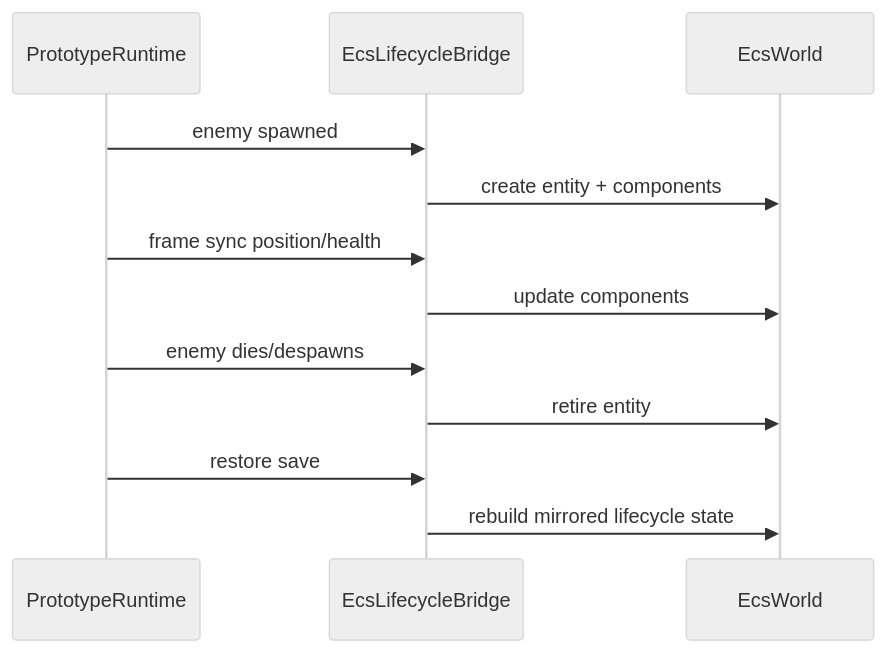
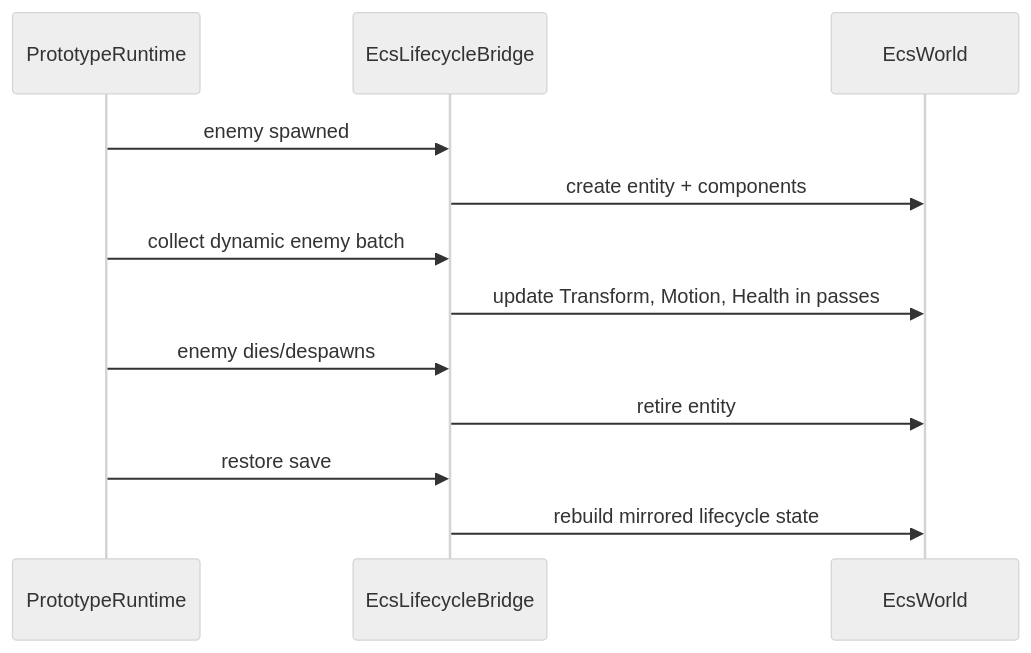
The second of 5 diagrams in src/content/docs/pages/architecture/simulation-and-ecs.md (soulwax/EchoWiki), drawn with Mermaid (neutral theme) before and after one commit. The commit also changed other lines of this file and 10 other files, not shown here.

````diff
--- a/src/content/docs/pages/architecture/simulation-and-ecs.md
+++ b/src/content/docs/pages/architecture/simulation-and-ecs.md
@@ -36,15 +36,15 @@
 ```mermaid
 sequenceDiagram
     participant Runtime as PrototypeRuntime
     participant Bridge as EcsLifecycleBridge
     participant ECS as EcsWorld
 
     Runtime->>Bridge: enemy spawned
     Bridge->>ECS: create entity + components
-    Runtime->>Bridge: frame sync position/health
-    Bridge->>ECS: update components
+    Runtime->>Bridge: collect dynamic enemy batch
+    Bridge->>ECS: update Transform, Motion, Health in passes
     Runtime->>Bridge: enemy dies/despawns
     Bridge->>ECS: retire entity
     Runtime->>Bridge: restore save
     Bridge->>ECS: rebuild mirrored lifecycle state
 ```
````
